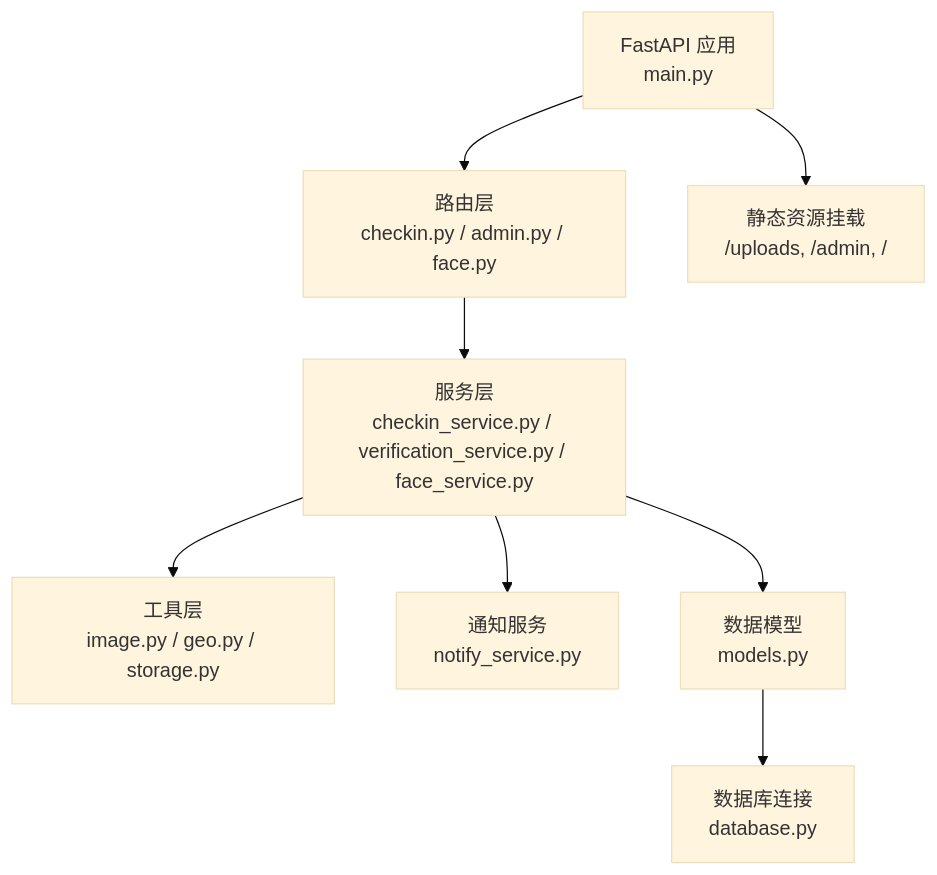
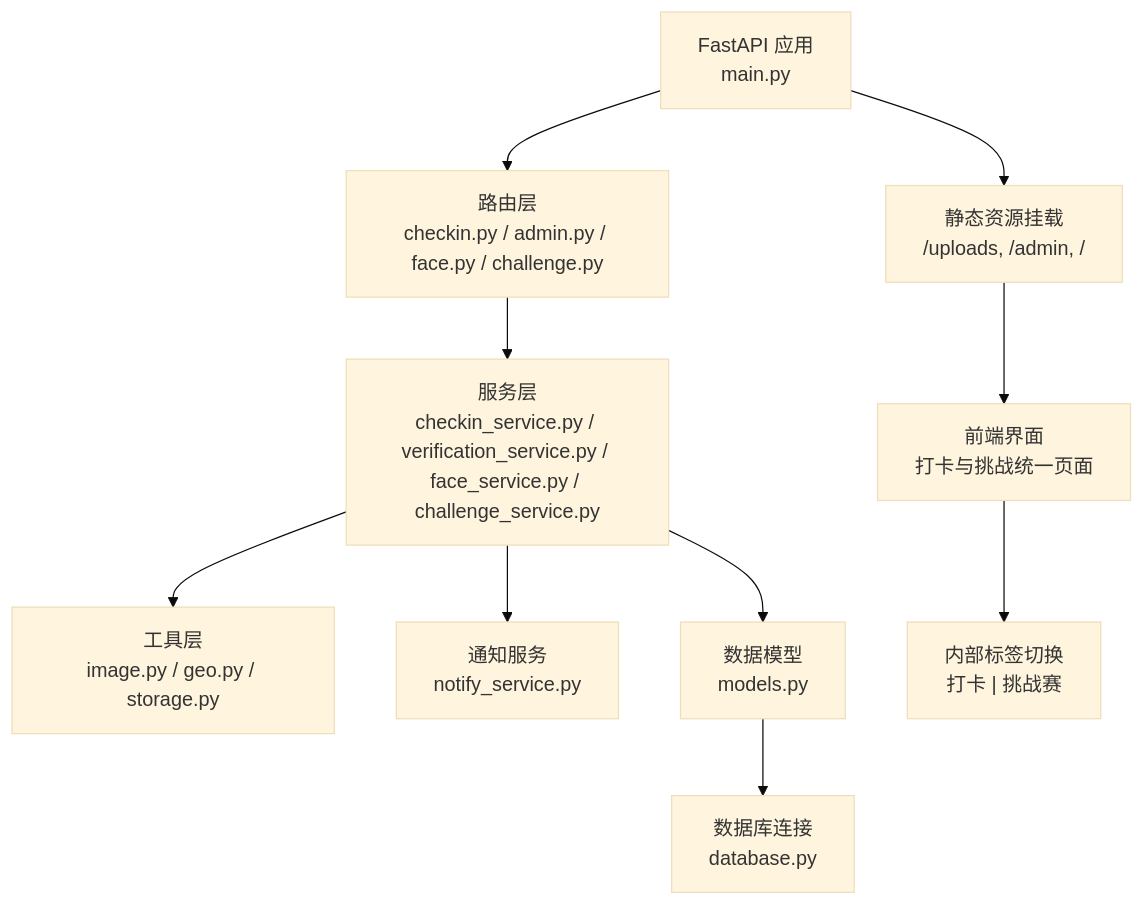
The first of 9 diagrams in .qoder/repowiki/zh/content/暑假作业打卡系统/核心业务功能/打卡管理系统.md (onebody/homework), drawn with Mermaid (base theme) before and after one commit. The commit also changed other lines of this file and 4 other files, not shown here.

````diff
--- a/.qoder/repowiki/zh/content/暑假作业打卡系统/核心业务功能/打卡管理系统.md
+++ b/.qoder/repowiki/zh/content/暑假作业打卡系统/核心业务功能/打卡管理系统.md
@@ -40,10 +49,12 @@
 ```mermaid
 graph TB
-A["FastAPI 应用<br/>main.py"] --> B["路由层<br/>checkin.py / admin.py / face.py"]
-B --> C["服务层<br/>checkin_service.py / verification_service.py / face_service.py"]
+A["FastAPI 应用<br/>main.py"] --> B["路由层<br/>checkin.py / admin.py / face.py / challenge.py"]
+B --> C["服务层<br/>checkin_service.py / verification_service.py / face_service.py / challenge_service.py"]
 C --> D["工具层<br/>image.py / geo.py / storage.py"]
 C --> E["通知服务<br/>notify_service.py"]
 C --> F["数据模型<br/>models.py"]
 F --> G["数据库连接<br/>database.py"]
 A --> H["静态资源挂载<br/>/uploads, /admin, /"]
+H --> I["前端界面<br/>打卡与挑战统一页面"]
+I --> J["内部标签切换<br/>打卡 | 挑战赛"]
 ```
````
